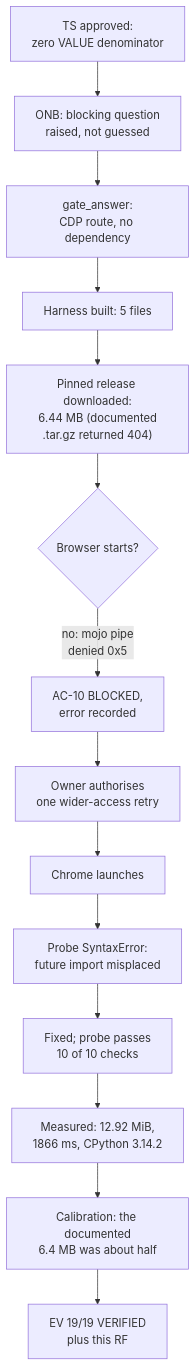
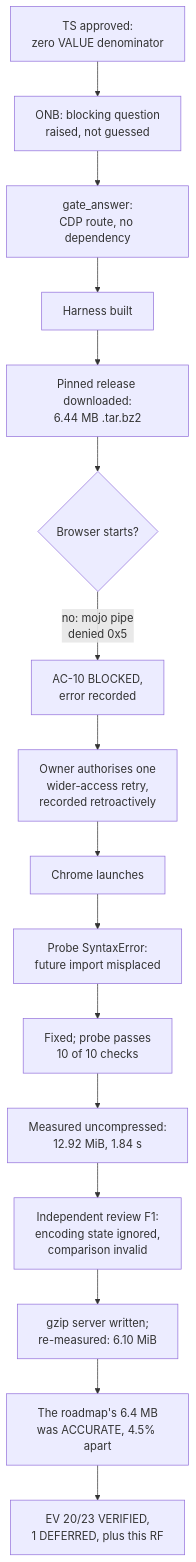
One commit to Kazahtelecom/WEBOOP changed the diagram in workspace/2026/OOP_20261007-230107_TFS/RF__OOP_20261007-230107_TFS.md. Above: the diagram before and after it, drawn with Mermaid. The commit also changed other lines of this file and 6 other files, not shown here.

````diff
--- a/workspace/2026/OOP_20261007-230107_TFS/RF__OOP_20261007-230107_TFS.md
+++ b/workspace/2026/OOP_20261007-230107_TFS/RF__OOP_20261007-230107_TFS.md
@@ -174,16 +198,18 @@
 ```mermaid
 flowchart TD
   A["TS approved:<br/>zero VALUE denominator"] --> B["ONB: blocking question<br/>raised, not guessed"]
   B --> C["gate_answer:<br/>CDP route, no dependency"]
-  C --> D["Harness built: 5 files"]
-  D --> E["Pinned release downloaded:<br/>6.44 MB (documented<br/>.tar.gz returned 404)"]
+  C --> D["Harness built"]
+  D --> E["Pinned release downloaded:<br/>6.44 MB .tar.bz2"]
   E --> F{"Browser starts?"}
   F -->|"no: mojo pipe<br/>denied 0x5"| G["AC-10 BLOCKED,<br/>error recorded"]
-  G --> H["Owner authorises<br/>one wider-access retry"]
+  G --> H["Owner authorises one<br/>wider-access retry,<br/>recorded retroactively"]
   H --> I["Chrome launches"]
   I --> J["Probe SyntaxError:<br/>future import misplaced"]
   J --> K["Fixed; probe passes<br/>10 of 10 checks"]
-  K --> L["Measured: 12.92 MiB,<br/>1866 ms, CPython 3.14.2"]
-  L --> M["Calibration: the documented<br/>6.4 MB was about half"]
-  M --> N["EV 19/19 VERIFIED<br/>plus this RF"]
+  K --> L["Measured uncompressed:<br/>12.92 MiB, 1.84 s"]
+  L --> M["Independent review F1:<br/>encoding state ignored,<br/>comparison invalid"]
+  M --> N["gzip server written;<br/>re-measured: 6.10 MiB"]
+  N --> O["The roadmap's 6.4 MB<br/>was ACCURATE, 4.5% apart"]
+  O --> P["EV 20/23 VERIFIED,<br/>1 DEFERRED, plus this RF"]
 ```
````
